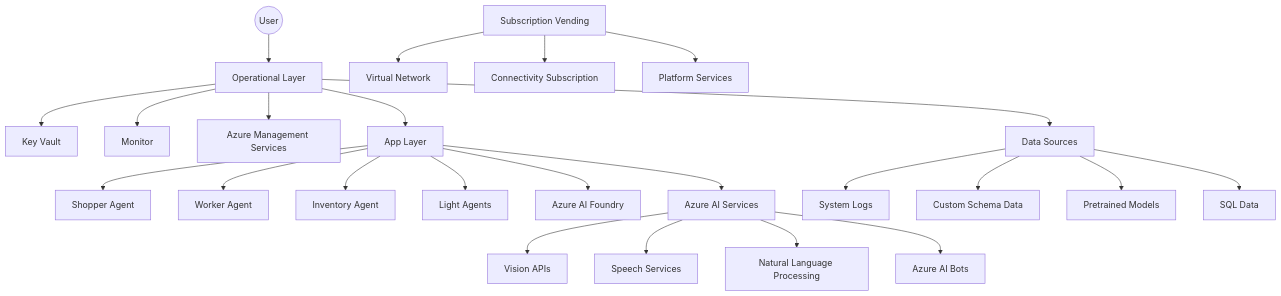
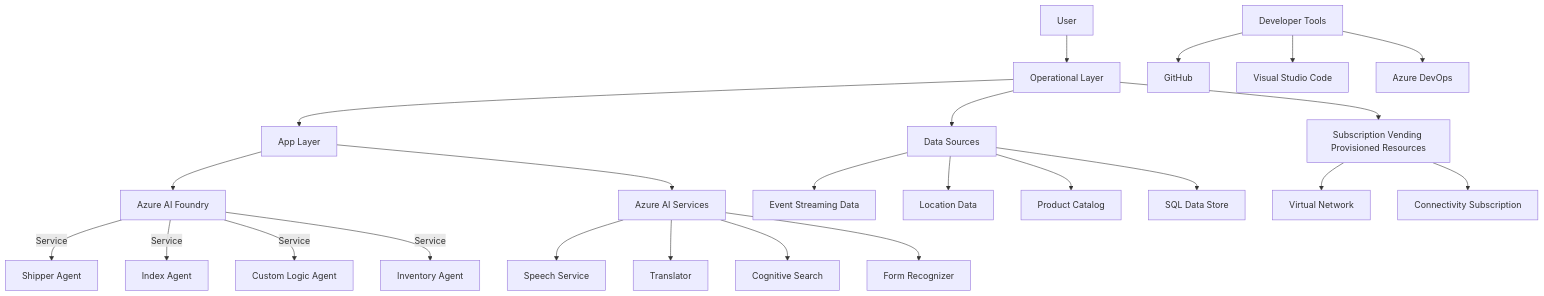
The diagram in tests/fixtures/generated/%2fShared+Documents%2farchitecture+overview.png.md (vincentgiraud/enterprise-artifacts-indexing), drawn with Mermaid before and after one commit. The commit also changed other lines of this file, not shown here.

````diff
--- a/tests/fixtures/generated/%2fShared+Documents%2farchitecture+overview.png.md
+++ b/tests/fixtures/generated/%2fShared+Documents%2farchitecture+overview.png.md
@@ -5,32 +16,26 @@
 ```mermaid
 graph TD
-    User((User))
-    User --> OperationalLayer[Operational Layer]
-    OperationalLayer --> KeyVault[Key Vault]
-    OperationalLayer --> Monitor[Monitor]
-    OperationalLayer --> AzureManagement[Azure Management Services]
-
+    User[User] --> OperationalLayer[Operational Layer]
     OperationalLayer --> AppLayer[App Layer]
-    AppLayer --> AgentOne[Shopper Agent]
-    AppLayer --> AgentTwo[Worker Agent]
-    AppLayer --> AgentThree[Inventory Agent]
-    AppLayer --> LightAgent[Light Agents]
-    AppLayer --> Foundry[Azure AI Foundry]
-
-    AppLayer --> AIServices[Azure AI Services]
-    AIServices --> Vision[Vision APIs]
-    AIServices --> Speech[Speech Services]
-    AIServices --> NLP[Natural Language Processing]
-    AIServices --> AzureAgent[Azure AI Bots]
-
     OperationalLayer --> DataSources[Data Sources]
-    DataSources --> Logs[System Logs]
-    DataSources --> Schema[Custom Schema Data]
-    DataSources --> Pretrain[Pretrained Models]
-    DataSources --> SQL[SQL Data]
-
-    Subscription[Subscription Vending]
-    Subscription --> VirtualNetwork[Virtual Network]
-    Subscription --> Connectivity[Connectivity Subscription]
-    Subscription --> Platform[Platform Services]
+    AppLayer --> AzureAIFoundry[Azure AI Foundry]
+    AzureAIFoundry --> |Service| ShipperAgent[Shipper Agent]
+    AzureAIFoundry --> |Service| IndexAgent[Index Agent]
+    AzureAIFoundry --> |Service| CustomLogicAgent[Custom Logic Agent]
+    AzureAIFoundry --> |Service| InventoryAgent[Inventory Agent]
+    AppLayer --> AzureAIServices[Azure AI Services]
+    AzureAIServices --> SpeechService[Speech Service]
+    AzureAIServices --> Translator[Translator]
+    AzureAIServices --> CognitiveSearch[Cognitive Search]
+    AzureAIServices --> FormRecognizer[Form Recognizer]
+    DataSources --> EventStreaming[Event Streaming Data]
+    DataSources --> LocationData[Location Data]
+    DataSources --> ProductCatalog[Product Catalog]
+    DataSources --> SQLStore[SQL Data Store]
+    OperationalLayer --> SubscriptionResources[Subscription Vending Provisioned Resources]
+    SubscriptionResources --> VirtualNetwork[Virtual Network]
+    SubscriptionResources --> ConnectivitySub[Connectivity Subscription]
+    DeveloperTools[Developer Tools] --> GitHub[GitHub]
+    DeveloperTools --> VSCode[Visual Studio Code]
+    DeveloperTools --> AzureDevOps[Azure DevOps]
 ```
````
